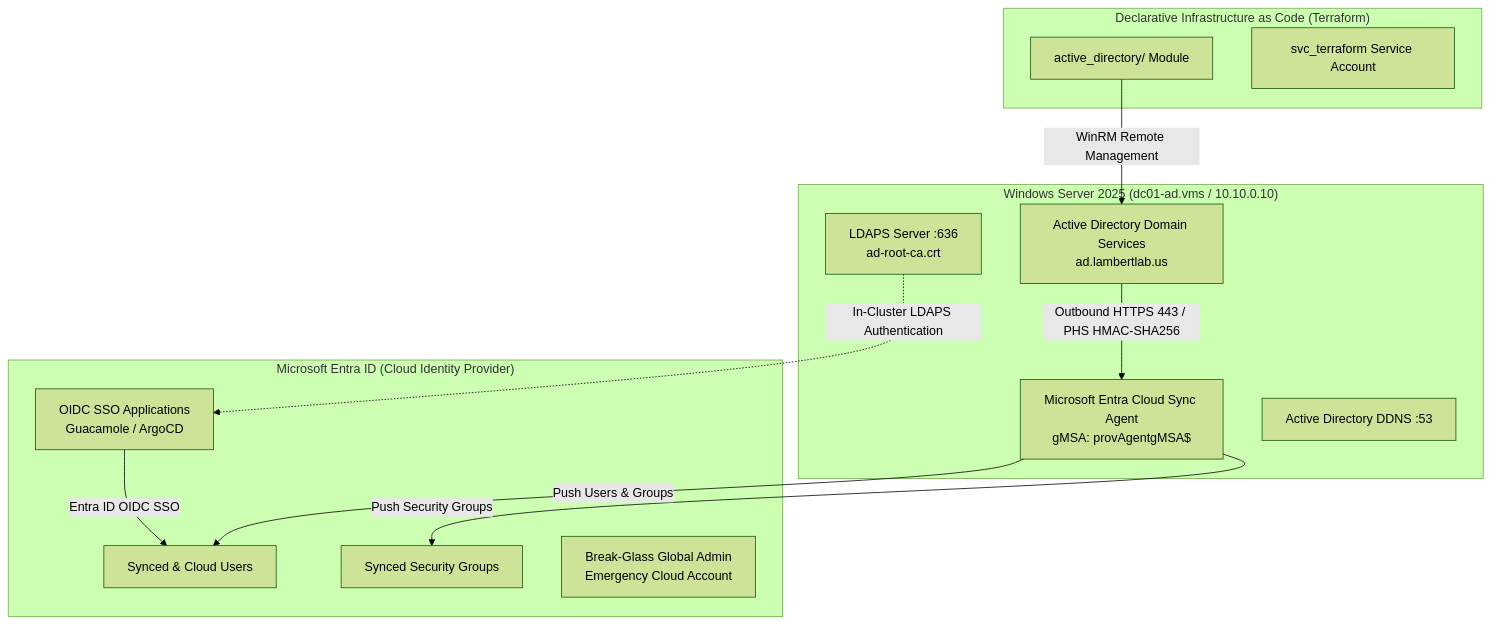
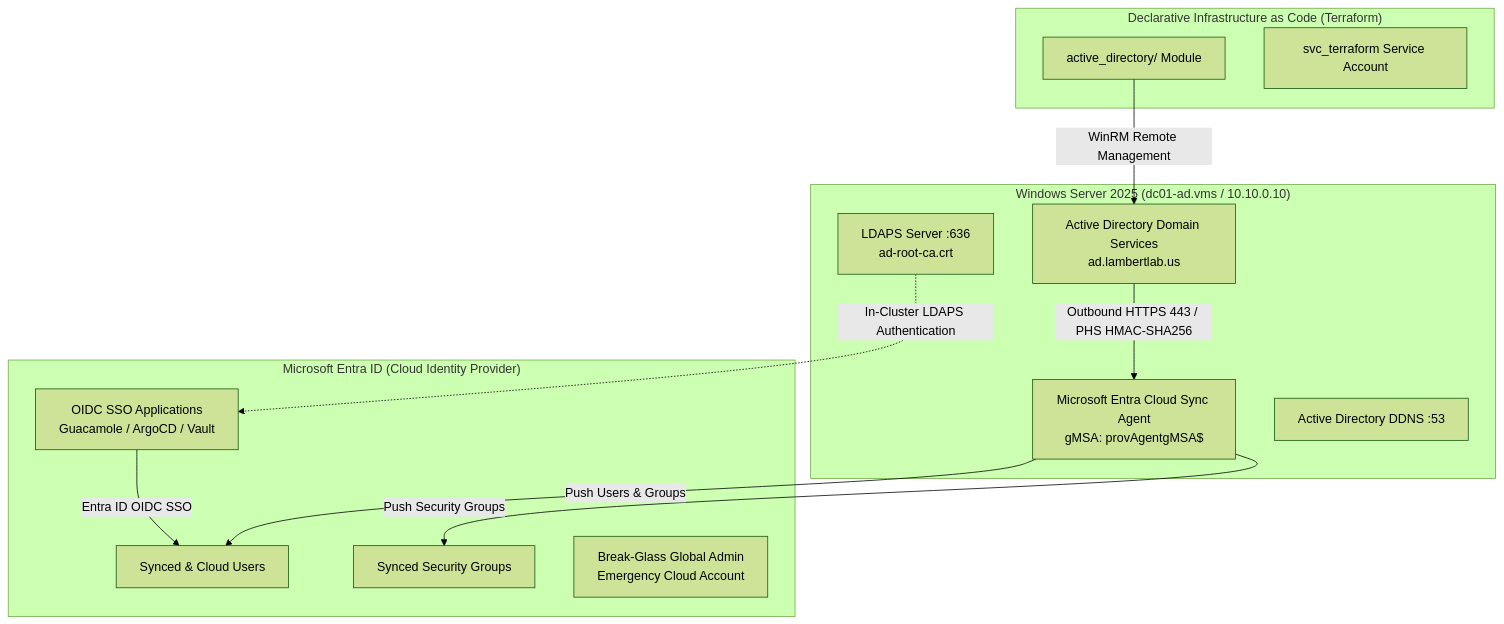
One commit to ChrisLambert03/homelab changed the first of 2 diagrams in docs/architecture/identity.md. Above: the diagram before and after it, drawn with Mermaid (forest theme). The commit also changed 3 other files, not shown here.

Commit message:
docs: add panzoom plugin, update GitOps topology layout, and note Vault OIDC

````diff
--- a/docs/architecture/identity.md
+++ b/docs/architecture/identity.md
@@ -9,28 +9,28 @@
 ```mermaid
 graph TD
     subgraph Cloud["Microsoft Entra ID (Cloud Identity Provider)"]
         EntraUsers["Synced & Cloud Users"]
         EntraGroups["Synced Security Groups"]
-        OIDCApps["OIDC SSO Applications<br/>Guacamole / ArgoCD"]
+        OIDCApps["OIDC SSO Applications<br/>Guacamole / ArgoCD / Vault"]
         BreakGlass["Break-Glass Global Admin<br/>Emergency Cloud Account"]
     end
 
     subgraph DC01VM["Windows Server 2025 (dc01-ad.vms / 10.10.0.10)"]
         ADDS["Active Directory Domain Services<br/>ad.lambertlab.us"]
         CloudSync["Microsoft Entra Cloud Sync Agent<br/>gMSA: provAgentgMSA$"]
         LDAPS["LDAPS Server :636<br/>ad-root-ca.crt"]
         DNS["Active Directory DDNS :53"]
     end
 
     subgraph IaC["Declarative Infrastructure as Code (Terraform)"]
         TFModule["active_directory/ Module"]
         SvcTF["svc_terraform Service Account"]
     end
 
     TFModule -->|"WinRM Remote Management"| ADDS
     ADDS -->|"Outbound HTTPS 443 / PHS HMAC-SHA256"| CloudSync
     CloudSync -->|"Push Users & Groups"| EntraUsers
     CloudSync -->|"Push Security Groups"| EntraGroups
     OIDCApps -->|"Entra ID OIDC SSO"| EntraUsers
     LDAPS -.->|"In-Cluster LDAPS Authentication"| OIDCApps
 ```
````
